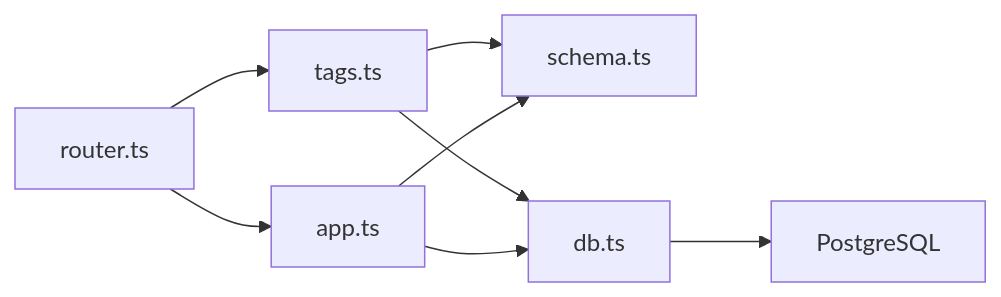
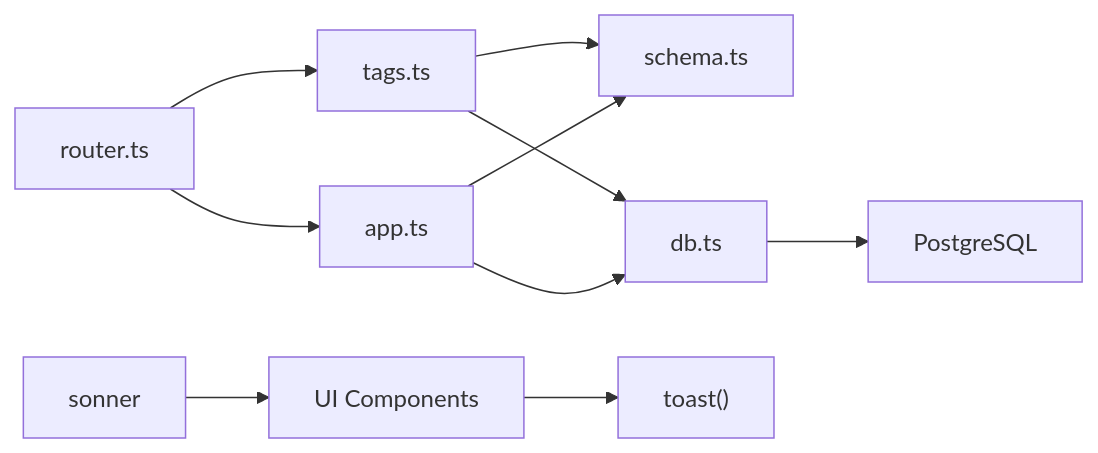
Before and after one commit to RadiumAg/image-saas: the tenth of 10 diagrams in .qoder/repowiki/zh/content/核心功能模块/标签管理系统.md, drawn with Mermaid. The commit also changed other lines of this file and 4 other files, not shown here.

````diff
--- a/.qoder/repowiki/zh/content/核心功能模块/标签管理系统.md
+++ b/.qoder/repowiki/zh/content/核心功能模块/标签管理系统.md
@@ -357,10 +403,12 @@
 ```mermaid
 graph LR
 Router["router.ts"] --> Tags["tags.ts"]
 Router --> Apps["app.ts"]
 Tags --> Schema["schema.ts"]
 Apps --> Schema
 Tags --> DB["db.ts"]
 Apps --> DB
 DB --> Postgres["PostgreSQL"]
+Sonner["sonner"] --> UI["UI Components"]
+UI --> Toast["toast()"]
 ```
````
